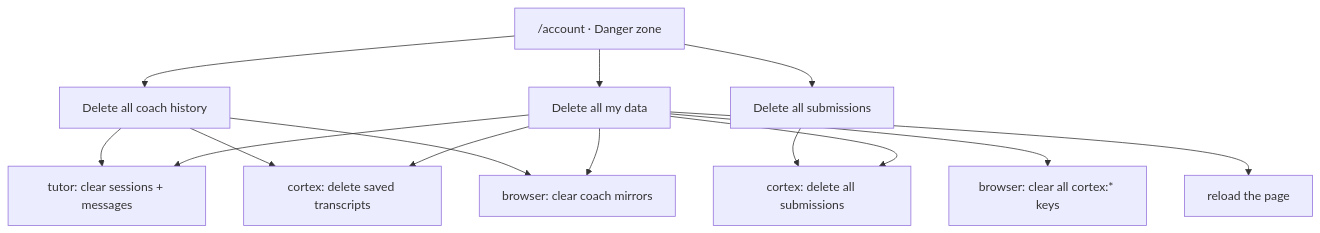
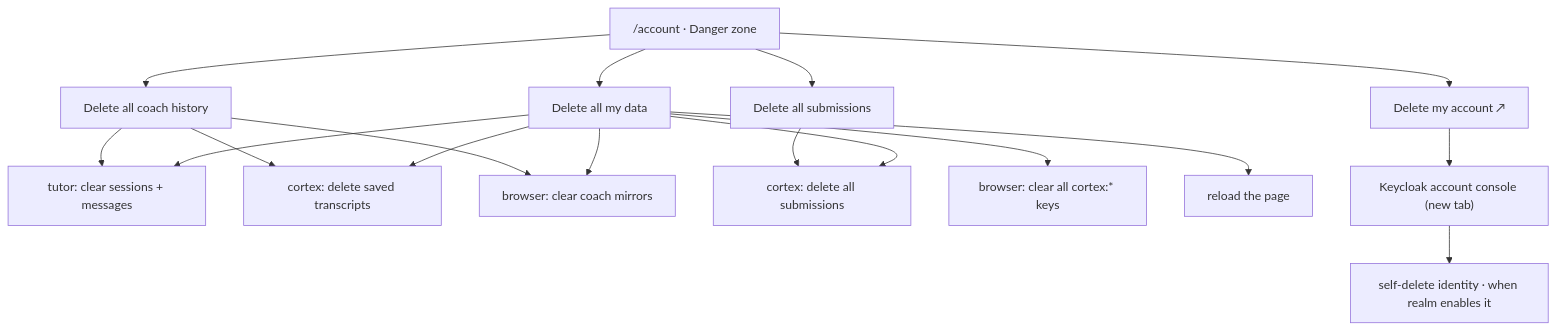
The fifth of 5 diagrams in content/cortex/cortex-onboarding/05-cortex-tutor/04-the-turn-lifecycle.md (ani2fun/cortex), drawn with Mermaid before and after one commit. The commit also changed other lines of this file and 7 other files, not shown here.

````diff
--- a/content/cortex/cortex-onboarding/05-cortex-tutor/04-the-turn-lifecycle.md
+++ b/content/cortex/cortex-onboarding/05-cortex-tutor/04-the-turn-lifecycle.md
@@ -140,16 +140,19 @@
 ```mermaid
 flowchart TD
   A["/account · Danger zone"] --> B["Delete all coach history"]
   A --> C["Delete all submissions"]
   A --> D["Delete all my data"]
+  A --> E["Delete my account ↗"]
   B --> B1["tutor: clear sessions + messages"]
   B --> B2["cortex: delete saved transcripts"]
   B --> B3["browser: clear coach mirrors"]
   C --> C1["cortex: delete all submissions"]
   D --> B1
   D --> B2
   D --> B3
   D --> C1
   D --> D1["browser: clear all cortex:* keys"]
   D --> D2["reload the page"]
+  E --> E1["Keycloak account console (new tab)"]
+  E1 --> E2["self-delete identity · when realm enables it"]
 ```
````
